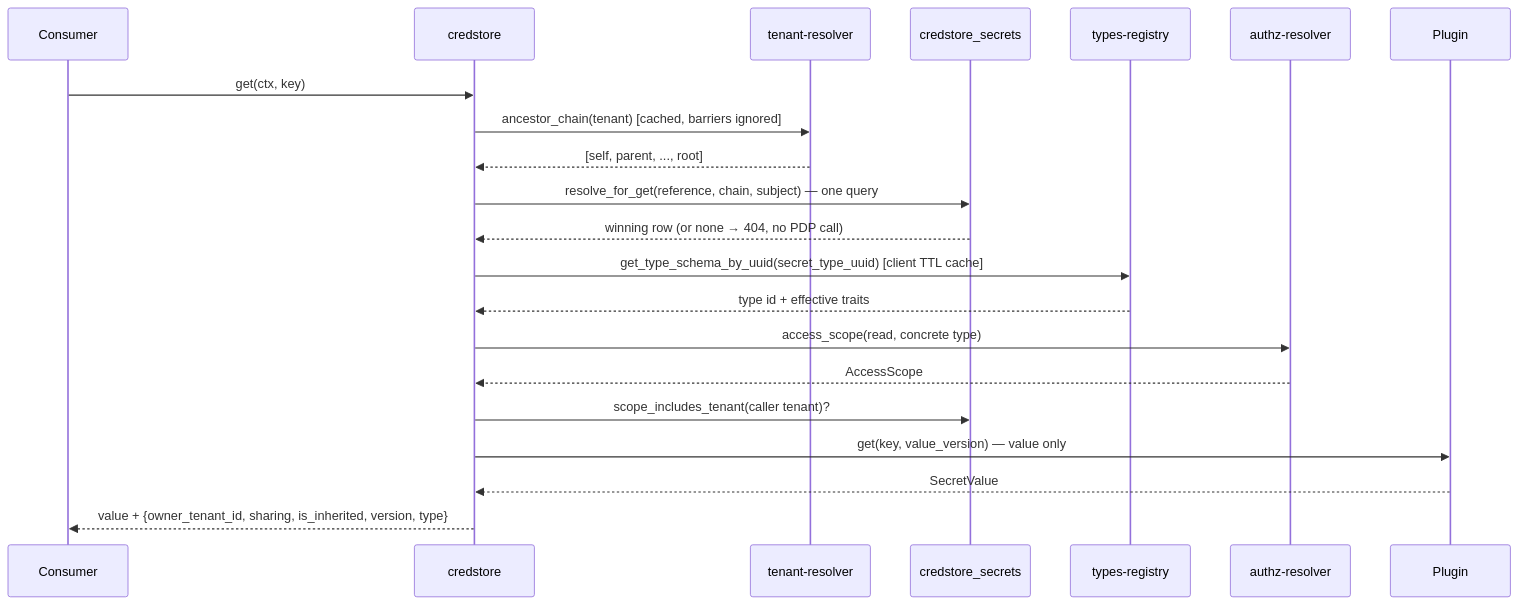
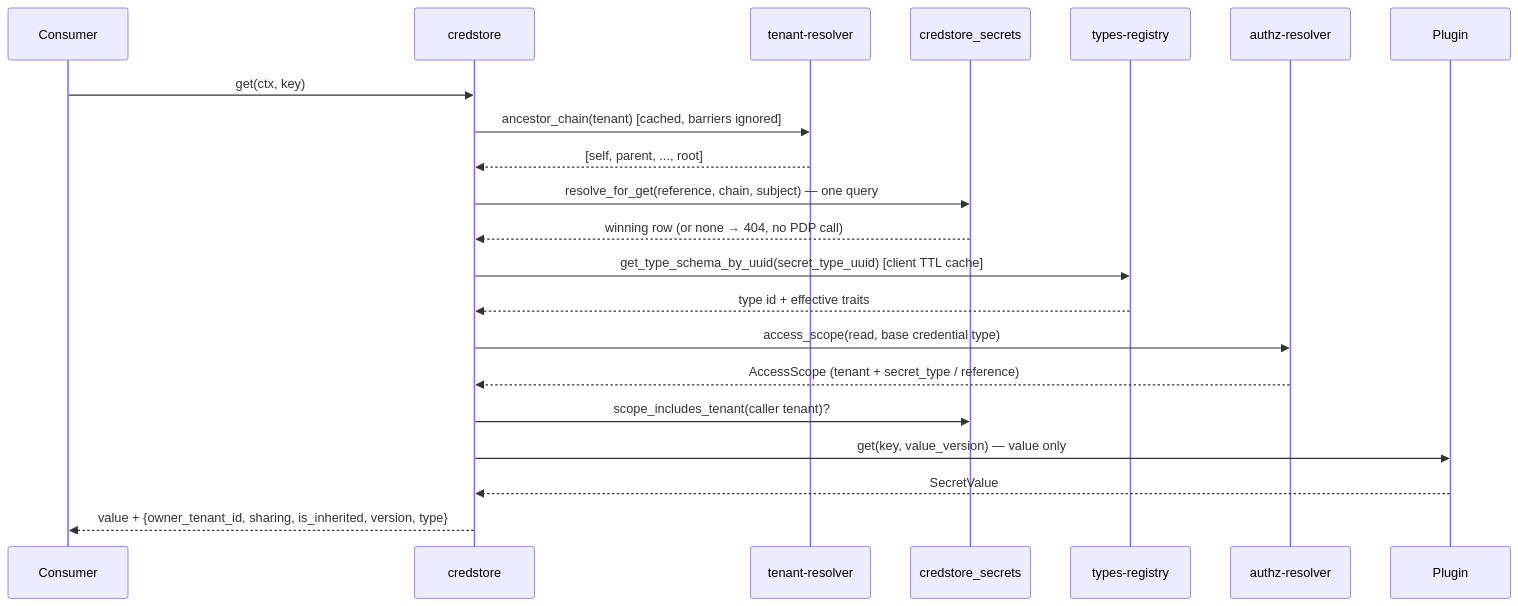
Before and after one commit to constructorfabric/gears-rust: the second of 5 diagrams in gears/credstore/docs/DESIGN.md, drawn with Mermaid. The commit also changed other lines of this file and 4 other files, not shown here.

First line of the commit message:
docs(credstore): row constraints from the PDP, reference-scoped grants

````diff
--- a/gears/credstore/docs/DESIGN.md
+++ b/gears/credstore/docs/DESIGN.md
@@ -691,24 +693,24 @@
 ```mermaid
 sequenceDiagram
     participant C as Consumer
     participant GW as credstore
     participant TR as tenant-resolver
     participant DB as credstore_secrets
     participant GTS as types-registry
     participant PDP as authz-resolver
     participant P as Plugin
 
     C->>GW: get(ctx, key)
     GW->>TR: ancestor_chain(tenant) [cached, barriers ignored]
     TR-->>GW: [self, parent, ..., root]
     GW->>DB: resolve_for_get(reference, chain, subject) — one query
     DB-->>GW: winning row (or none → 404, no PDP call)
     GW->>GTS: get_type_schema_by_uuid(secret_type_uuid) [client TTL cache]
     GTS-->>GW: type id + effective traits
-    GW->>PDP: access_scope(read, concrete type)
-    PDP-->>GW: AccessScope
+    GW->>PDP: access_scope(read, base credential type)
+    PDP-->>GW: AccessScope (tenant + secret_type / reference)
     GW->>DB: scope_includes_tenant(caller tenant)?
     GW->>P: get(key, value_version) — value only
     P-->>GW: SecretValue
     GW-->>C: value + {owner_tenant_id, sharing, is_inherited, version, type}
 ```
````
